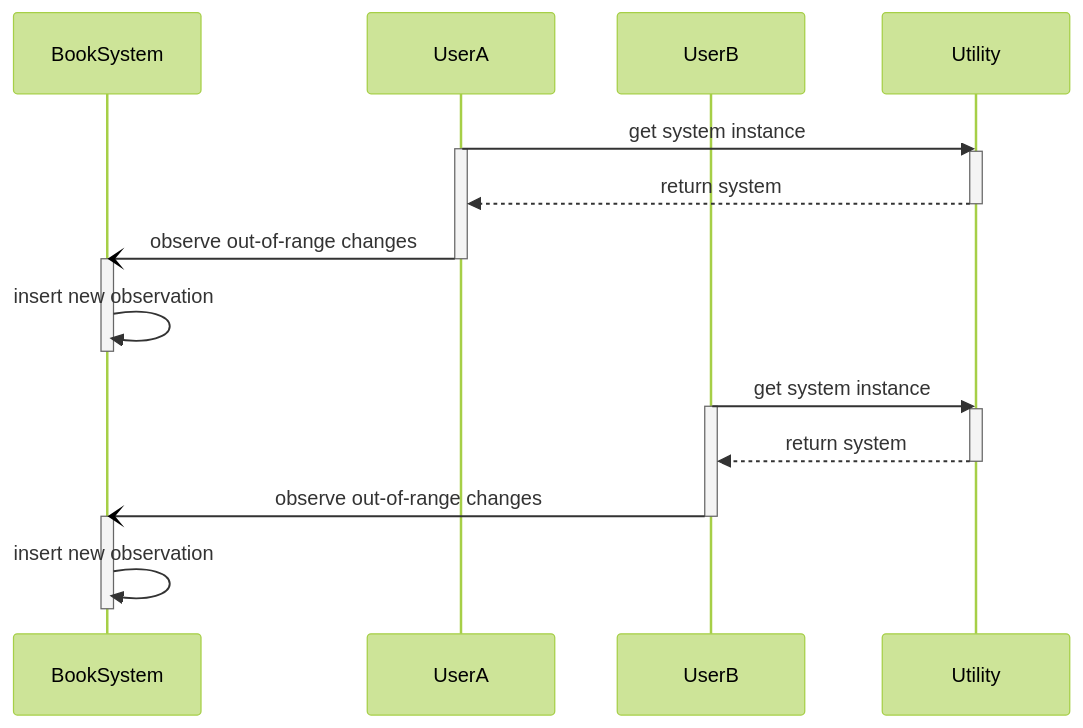
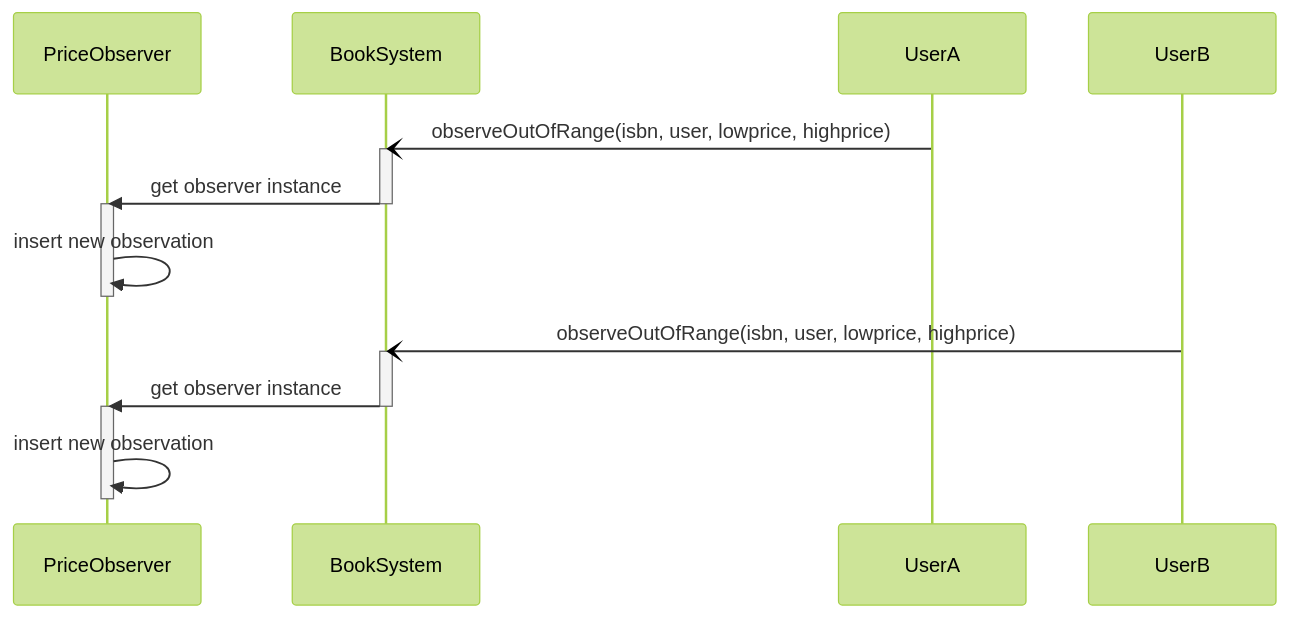
One commit to hanggrian/IIT-CS586 changed the second of 7 diagrams in assignments/hw1.md. Above: the diagram before and after it, drawn with Mermaid (forest theme). The commit also changed other lines of this file, not shown here.

````diff
--- a/assignments/hw1.md
+++ b/assignments/hw1.md
@@ -295,31 +307,23 @@
 ```mermaid
 sequenceDiagram
+  participant PriceObserver
   participant BookSystem
   participant UserA
   participant UserB
-  participant Utility
 
-  UserA ->> Utility: get system instance
-  activate UserA
-  activate Utility
-  Utility -->> UserA: return system
-  deactivate Utility
+  UserA -) BookSystem: observeOutOfRange(isbn, user, lowprice, highprice)
+  activate BookSystem
+  BookSystem ->> PriceObserver: get observer instance
+  deactivate BookSystem
+  activate PriceObserver
+  PriceObserver ->> PriceObserver: insert new observation
+  deactivate PriceObserver
 
-  UserA -) BookSystem: observe out-of-range changes
-  deactivate UserA
+  UserB -) BookSystem: observeOutOfRange(isbn, user, lowprice, highprice)
   activate BookSystem
-  BookSystem ->> BookSystem: insert new observation
+  BookSystem ->> PriceObserver: get observer instance
   deactivate BookSystem
-
-  UserB ->> Utility: get system instance
-  activate UserB
-  activate Utility
-  Utility -->> UserB: return system
-  deactivate Utility
-
-  UserB -) BookSystem: observe out-of-range changes
-  deactivate UserB
-  activate BookSystem
-  BookSystem ->> BookSystem: insert new observation
-  deactivate BookSystem
+  activate PriceObserver
+  PriceObserver ->> PriceObserver: insert new observation
+  deactivate PriceObserver
 ```
````
